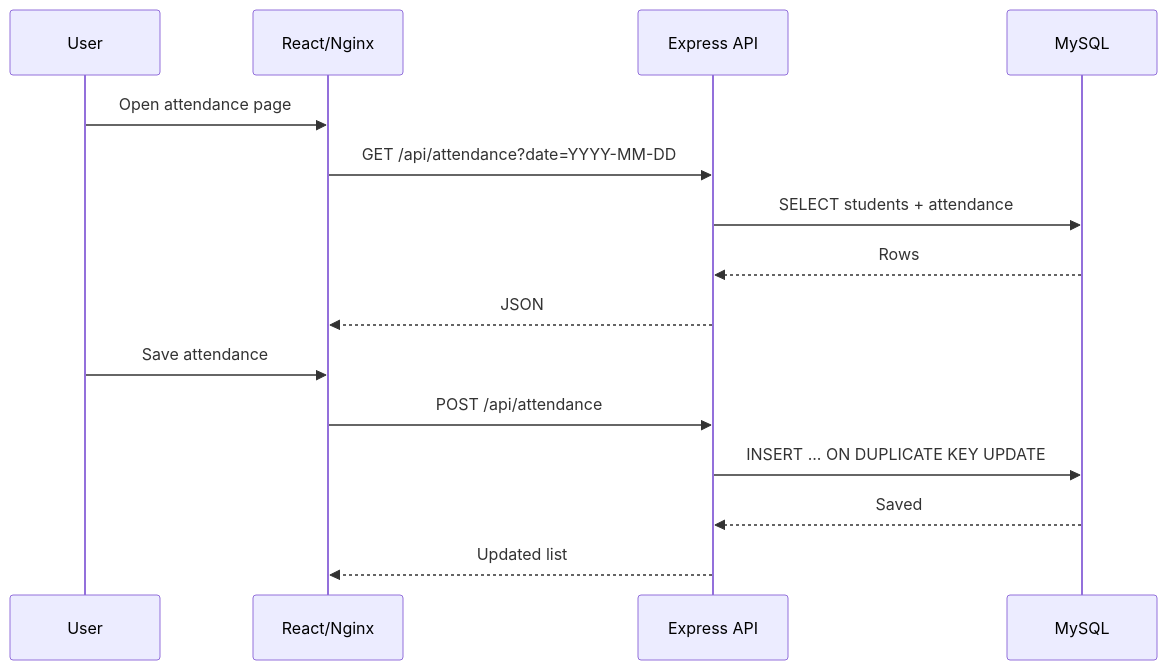
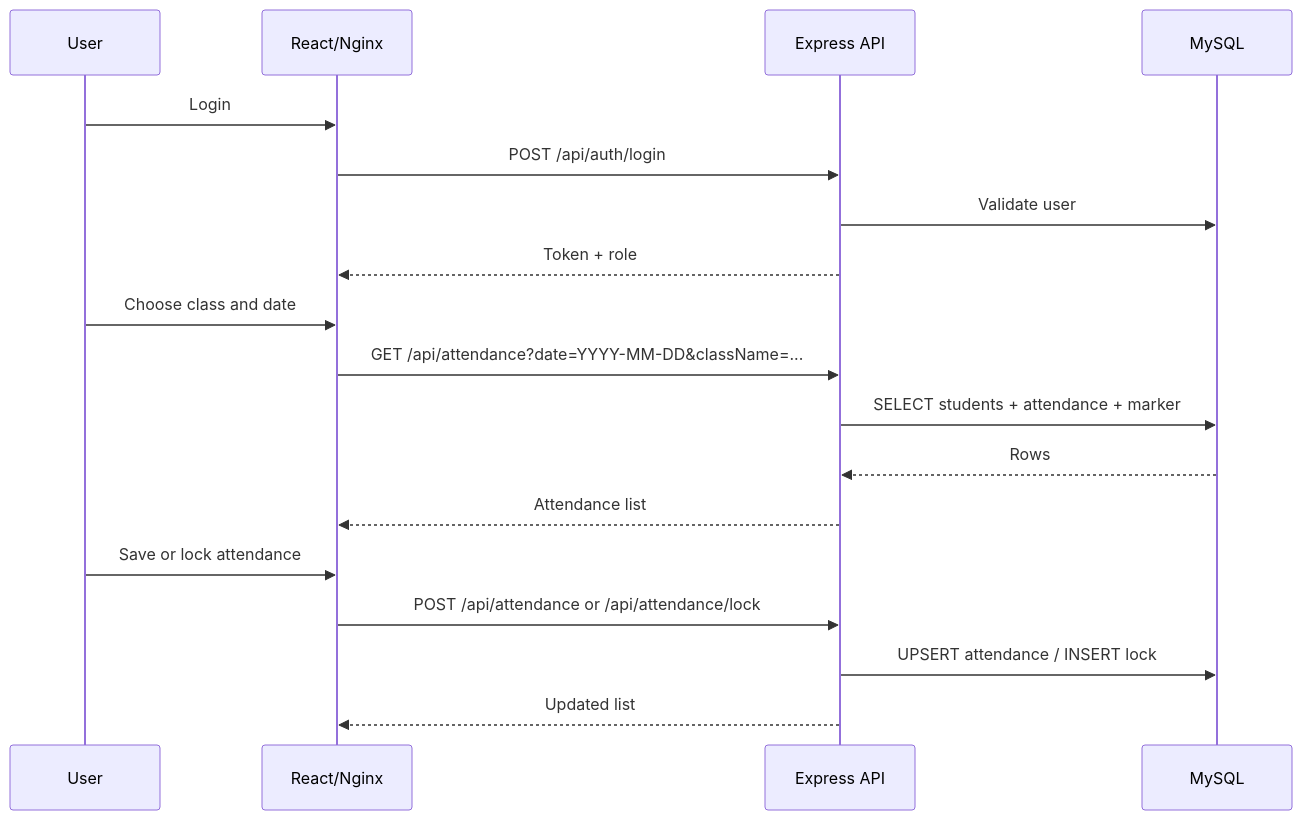
The diagram in docs/architecture.md (dpt004/DevOps), drawn with Mermaid before and after one commit. The commit also changed other lines of this file and 6 other files, not shown here.

````diff
--- a/docs/architecture.md
+++ b/docs/architecture.md
@@ -5,18 +5,21 @@
 ```mermaid
 sequenceDiagram
   participant User
   participant Frontend as React/Nginx
   participant Backend as Express API
   participant DB as MySQL
 
-  User->>Frontend: Open attendance page
-  Frontend->>Backend: GET /api/attendance?date=YYYY-MM-DD
-  Backend->>DB: SELECT students + attendance
+  User->>Frontend: Login
+  Frontend->>Backend: POST /api/auth/login
+  Backend->>DB: Validate user
+  Backend-->>Frontend: Token + role
+  User->>Frontend: Choose class and date
+  Frontend->>Backend: GET /api/attendance?date=YYYY-MM-DD&className=...
+  Backend->>DB: SELECT students + attendance + marker
   DB-->>Backend: Rows
-  Backend-->>Frontend: JSON
-  User->>Frontend: Save attendance
-  Frontend->>Backend: POST /api/attendance
-  Backend->>DB: INSERT ... ON DUPLICATE KEY UPDATE
-  DB-->>Backend: Saved
+  Backend-->>Frontend: Attendance list
+  User->>Frontend: Save or lock attendance
+  Frontend->>Backend: POST /api/attendance or /api/attendance/lock
+  Backend->>DB: UPSERT attendance / INSERT lock
   Backend-->>Frontend: Updated list
 ```
````
